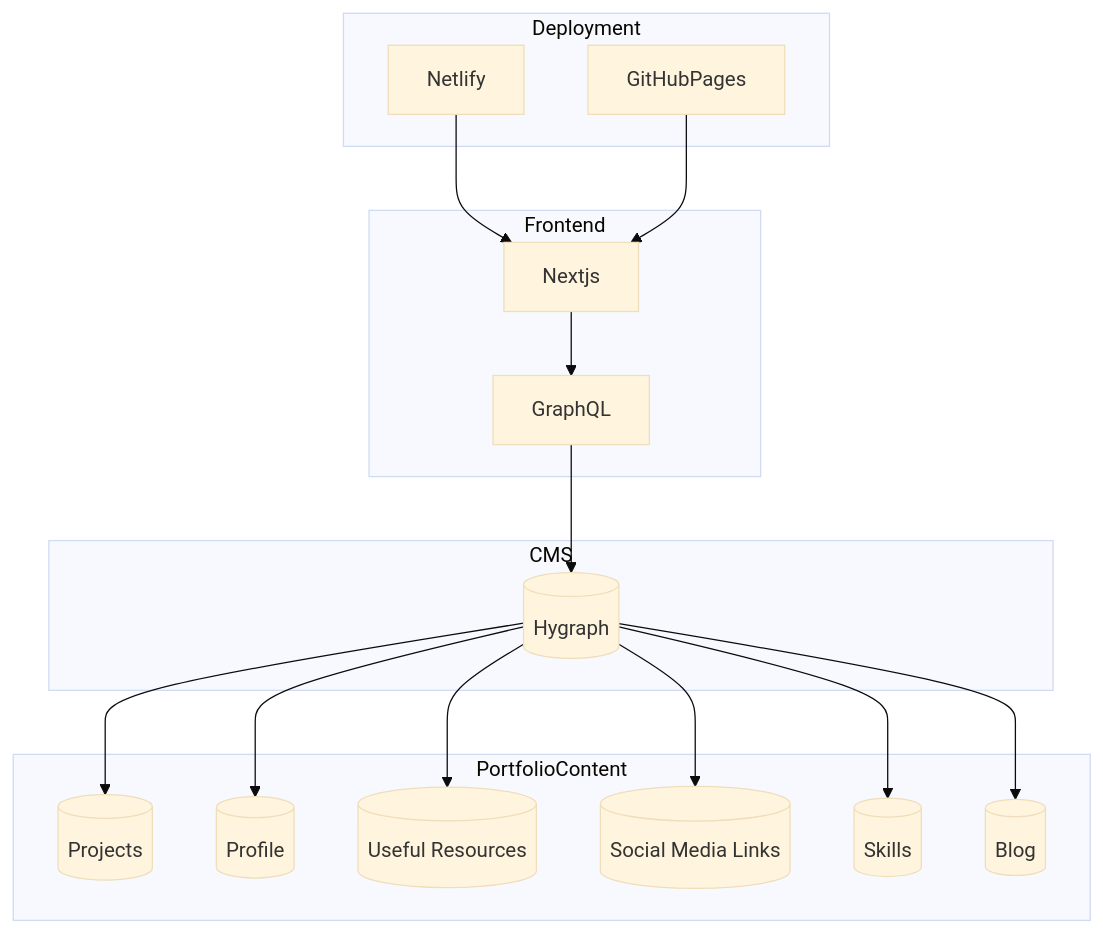
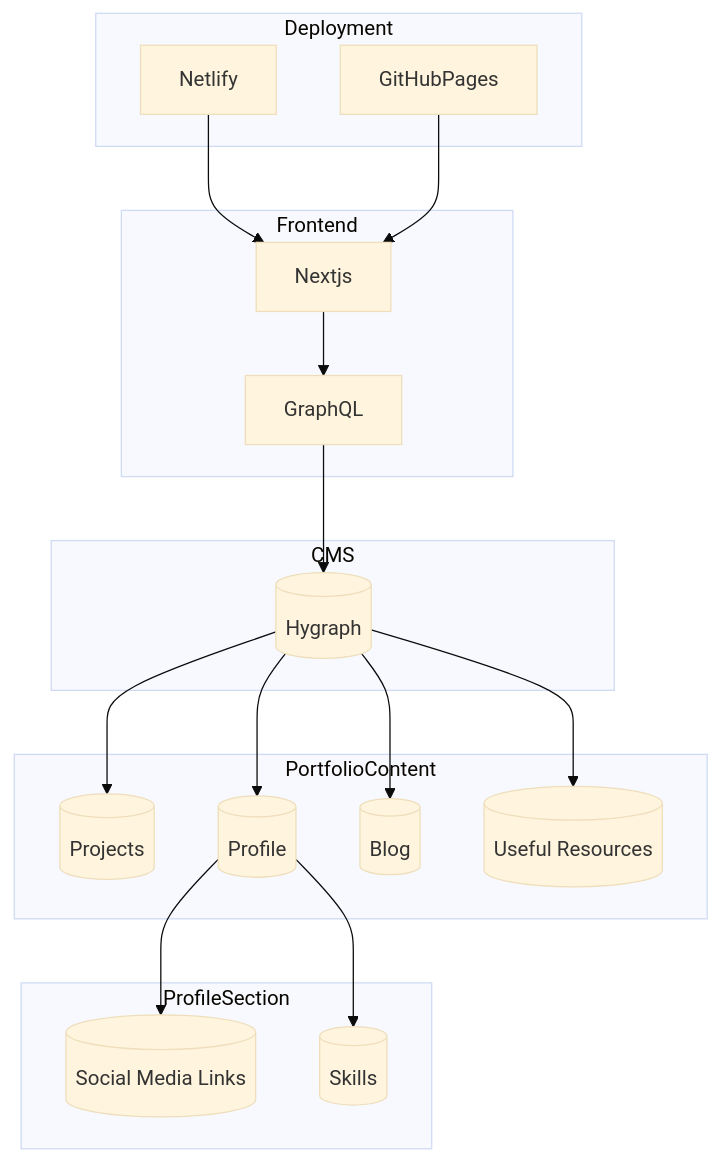
Before and after one commit to Sivamani-18/cms-starter-portfolio: the diagram in README.md, drawn with Mermaid (base theme). The commit also changed other lines of this file, not shown here.

````diff
--- a/README.md
+++ b/README.md
@@ -13,37 +16,40 @@
 ```mermaid
 graph TD
     subgraph Deployment
         Netlify
         GitHubPages
     end
 
     subgraph Frontend
         Nextjs
         GraphQL
     end
 
     subgraph CMS
         Hygraph[(Hygraph)]
     end
 
     subgraph PortfolioContent
         Projects[(Projects)]
         Profile[(Profile)]
+        Blog[(Blog)]
         UsefulResources[(Useful Resources)]
+    end
+
+    subgraph ProfileSection
         SocialMediaLinks[(Social Media Links)]
         Skills[(Skills)]
-        Blog[(Blog)]
     end
 
     Netlify --> Nextjs
     GitHubPages --> Nextjs
     Nextjs --> GraphQL
     GraphQL --> Hygraph
 
     Hygraph --> Projects
     Hygraph --> Profile
+    Profile --> SocialMediaLinks
+    Profile --> Skills
+    Hygraph --> Blog
     Hygraph --> UsefulResources
-    Hygraph --> SocialMediaLinks
-    Hygraph --> Skills
-    Hygraph --> Blog
 ```
````
